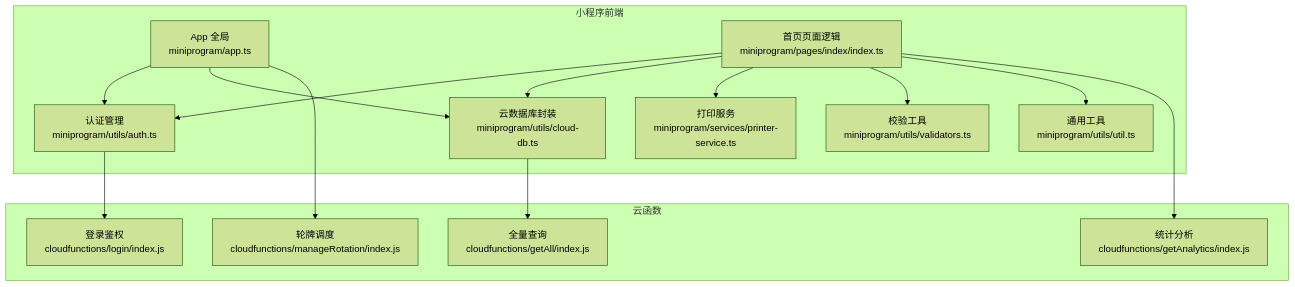
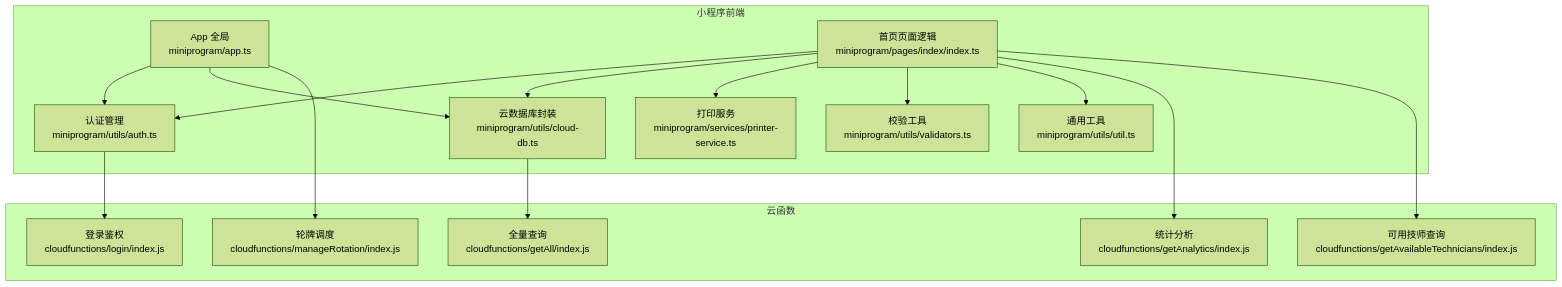
One commit to xwHoward/padoo-consulation-printer changed the first of 10 diagrams in .qoder/repowiki/zh/content/测试与部署/测试策略.md. Above: the diagram before and after it, drawn with Mermaid (forest theme). The commit also changed other lines of this file and 21 other files, not shown here.

````diff
--- a/.qoder/repowiki/zh/content/测试与部署/测试策略.md
+++ b/.qoder/repowiki/zh/content/测试与部署/测试策略.md
@@ -38,29 +52,31 @@
 ```mermaid
 graph TB
 subgraph "小程序前端"
 APP["App 全局<br/>miniprogram/app.ts"]
 AUTH["认证管理<br/>miniprogram/utils/auth.ts"]
 CLOUDDB["云数据库封装<br/>miniprogram/utils/cloud-db.ts"]
 VALID["校验工具<br/>miniprogram/utils/validators.ts"]
 UTIL["通用工具<br/>miniprogram/utils/util.ts"]
 PRN["打印服务<br/>miniprogram/services/printer-service.ts"]
 PAGEIDX["首页页面逻辑<br/>miniprogram/pages/index/index.ts"]
 end
 subgraph "云函数"
 CF_LOGIN["登录鉴权<br/>cloudfunctions/login/index.js"]
 CF_GETALL["全量查询<br/>cloudfunctions/getAll/index.js"]
 CF_ROT["轮牌调度<br/>cloudfunctions/manageRotation/index.js"]
 CF_ANALYTICS["统计分析<br/>cloudfunctions/getAnalytics/index.js"]
+CF_TECH["可用技师查询<br/>cloudfunctions/getAvailableTechnicians/index.js"]
 end
 APP --> AUTH
 APP --> CLOUDDB
 PAGEIDX --> AUTH
 PAGEIDX --> CLOUDDB
 PAGEIDX --> PRN
 PAGEIDX --> VALID
 PAGEIDX --> UTIL
 AUTH --> CF_LOGIN
 CLOUDDB --> CF_GETALL
 APP --> CF_ROT
 PAGEIDX --> CF_ANALYTICS
+PAGEIDX --> CF_TECH
 ```
````
